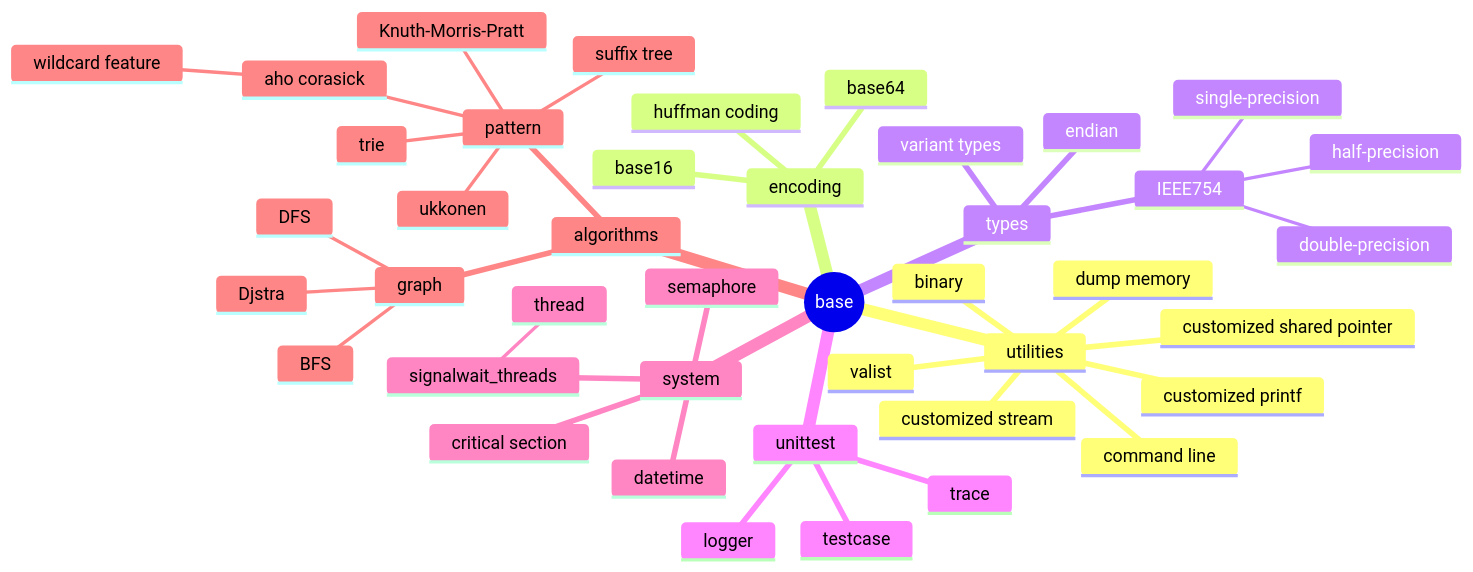
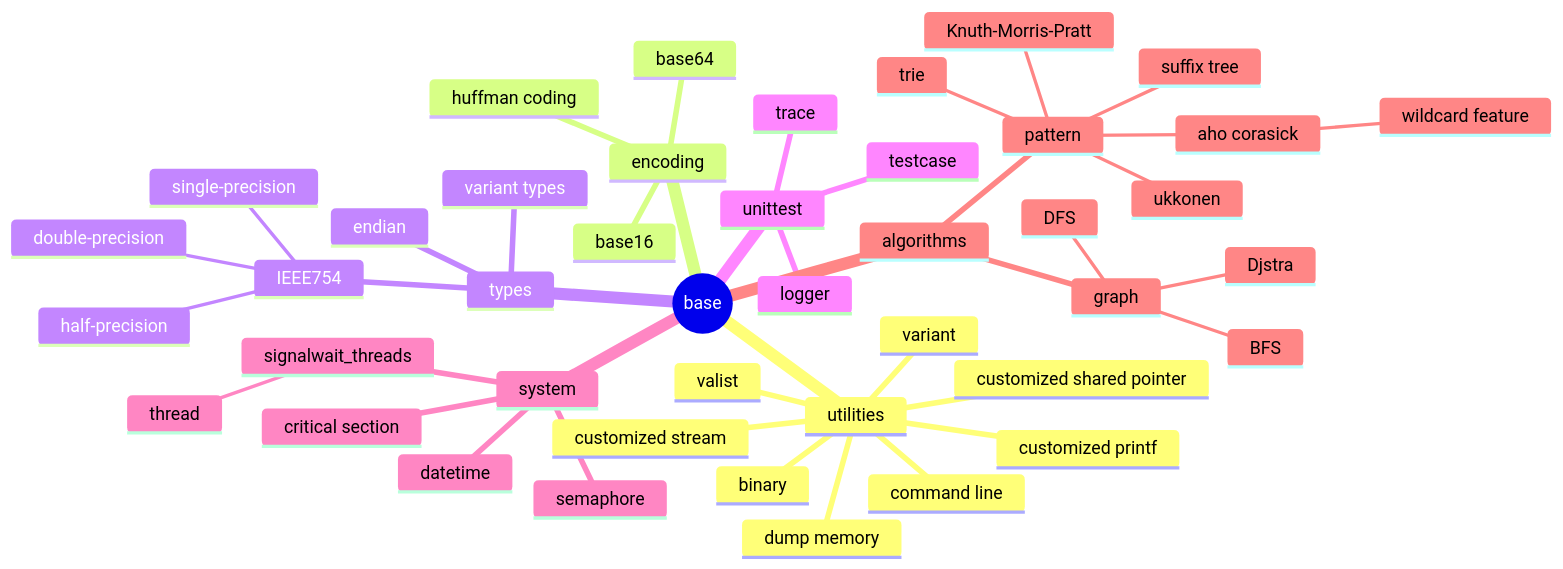
One commit to princeb612/hotplace changed the diagram in sdk/base/README.md. Above: the diagram before and after it, drawn with Mermaid. The commit also changed 37 other files, not shown here.

````diff
--- a/sdk/base/README.md
+++ b/sdk/base/README.md
@@ -3,45 +3,46 @@
 ```mermaid
 mindmap
   root((base))
     utilities
-      dump memory
       command line
-      binary
       customized printf
       customized stream
       customized shared pointer
+      dump memory
+      binary
+      variant
       valist
     encoding
       base16
       base64
       huffman coding
     types
       endian
       variant types
       IEEE754
         half-precision
         single-precision
         double-precision
     unittest
       testcase
       logger
       trace
     system
       critical section
       semaphore
       datetime
       signalwait_threads
         thread
     algorithms
       pattern
         Knuth-Morris-Pratt
         trie
         suffix tree
         ukkonen
         aho corasick
           wildcard feature
       graph
         BFS
         DFS
         Djstra
 ```
````
